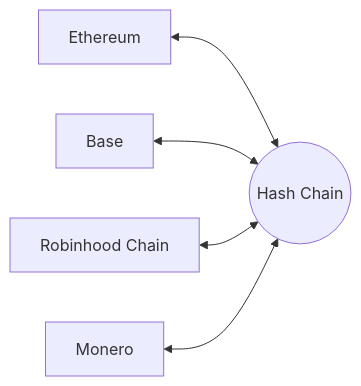
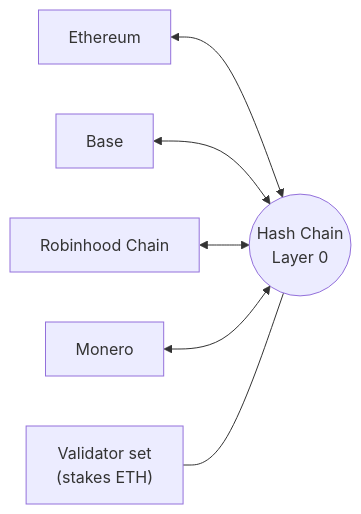
Before and after one commit to HashChainL0/protocol-spec: the diagram in docs/00-overview.md, drawn with Mermaid. The commit also changed other lines of this file and 27 other files, not shown here.

````diff
--- a/docs/00-overview.md
+++ b/docs/00-overview.md
@@ -27,7 +21,8 @@
 ```mermaid
 flowchart LR
-    ETH["Ethereum"] <--> HUB(("Hash Chain"))
-    BASE["Base"] <--> HUB
-    RH["Robinhood Chain"] <--> HUB
-    XMR["Monero"] <--> HUB
+    ETH["Ethereum"] <--> HC(("Hash Chain<br/>Layer 0"))
+    BASE["Base"] <--> HC
+    RH["Robinhood Chain"] <--> HC
+    XMR["Monero"] <--> HC
+    VAL["Validator set<br/>(stakes ETH)"] --- HC
 ```
````
